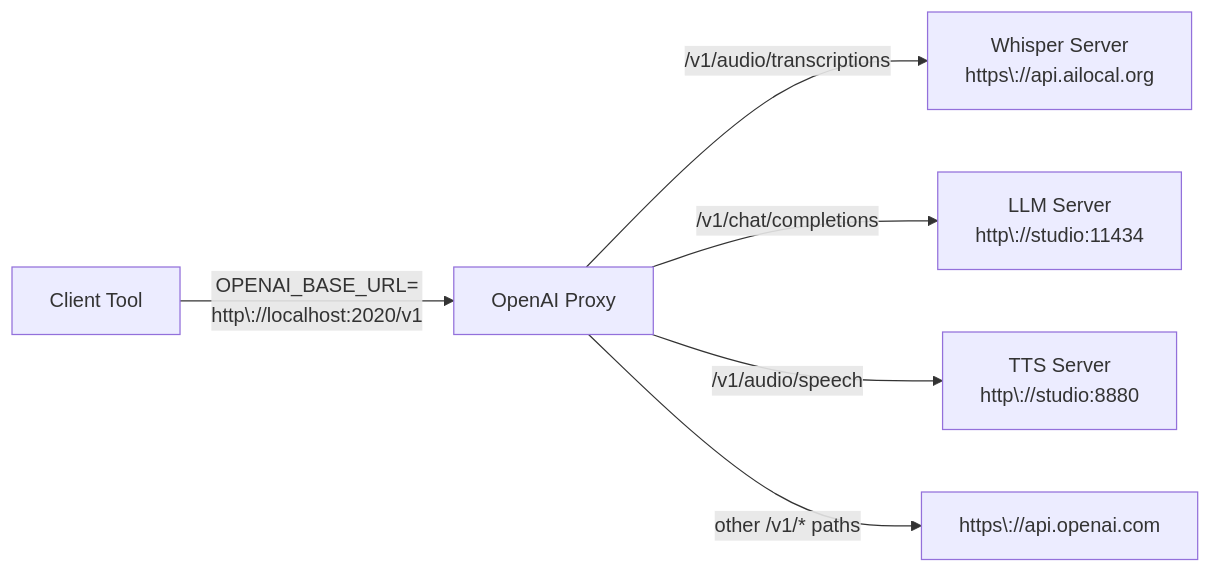
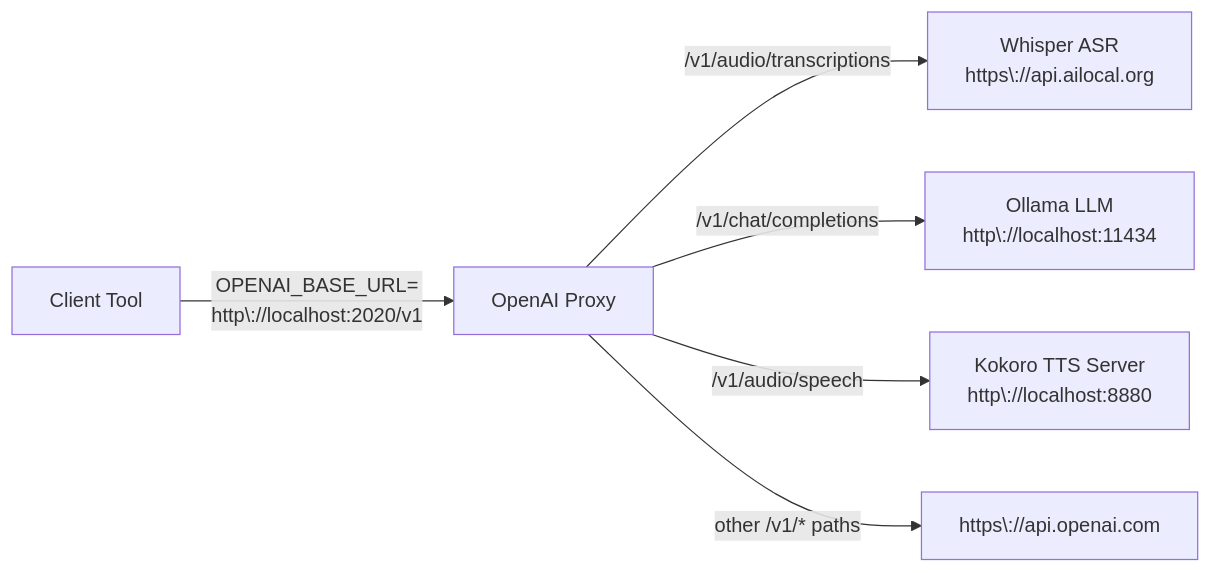
The diagram in docs/architecture.mmd (ailocal/openai-proxy), drawn with Mermaid before and after one commit. The commit also changed 1 other file, not shown here.

Commit message:
docs: Update architecture diagram with service names and localhost URLs

```diff
--- a/docs/architecture.mmd
+++ b/docs/architecture.mmd
@@ -1,7 +1,7 @@
 graph LR
     A["Client Tool"] -->|"OPENAI_BASE_URL=<br/>http\://localhost:2020/v1"| B["OpenAI Proxy"]
     
-    B -->|"/v1/audio/transcriptions"| C["Whisper Server<br/>https\://api.ailocal.org"]
-    B -->|"/v1/chat/completions"| D["LLM Server<br/>http\://studio:11434"]
-    B -->|"/v1/audio/speech"| E["TTS Server<br/>http\://studio:8880"]
+    B -->|"/v1/audio/transcriptions"| C["Whisper ASR<br/>https\://api.ailocal.org"]
+    B -->|"/v1/chat/completions"| D["Ollama LLM<br/>http\://localhost:11434"]
+    B -->|"/v1/audio/speech"| E["Kokoro TTS Server<br/>http\://localhost:8880"]
     B -->|"other /v1/* paths"| F["https\://api.openai.com"]
```
